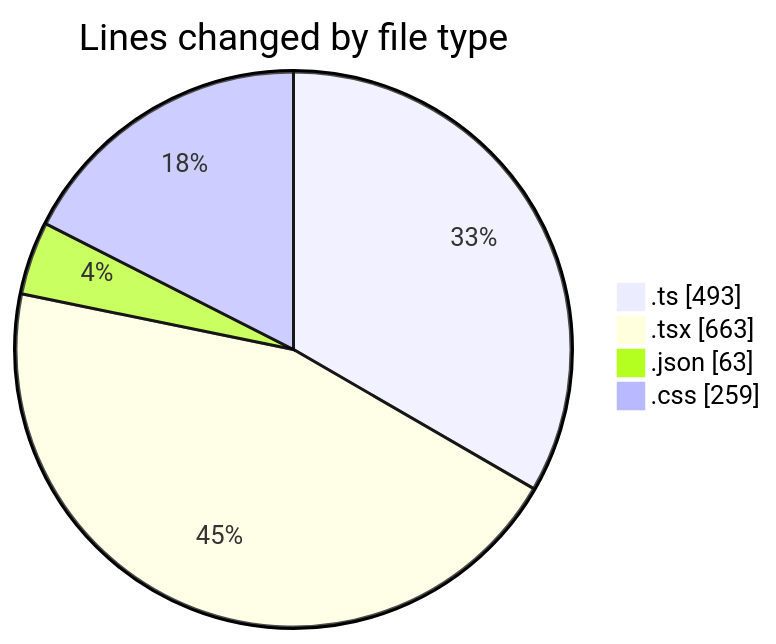
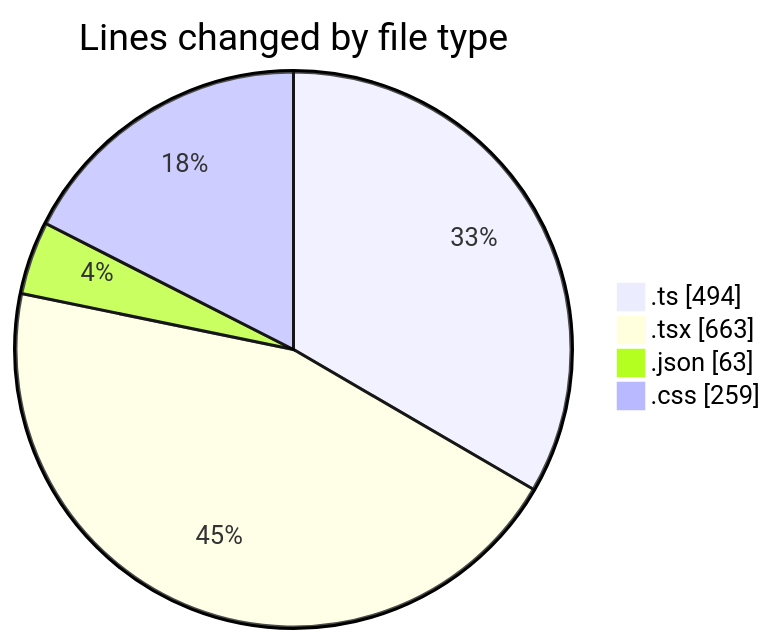
The first of 2 diagrams in 2025-11-24/eventscop-frontend-guide__workspace_/README.md (julien-gomy/code-tracking), drawn with Mermaid before and after one commit. The commit also changed other lines of this file and 1 other file, not shown here.

````diff
--- a/2025-11-24/eventscop-frontend-guide__workspace_/README.md
+++ b/2025-11-24/eventscop-frontend-guide__workspace_/README.md
@@ -38,8 +39,8 @@
 ```mermaid
 pie showData
 title Lines changed by file type
-".ts" : 493
+".ts" : 494
 ".tsx" : 663
 ".json" : 63
 ".css" : 259
 ```
````
